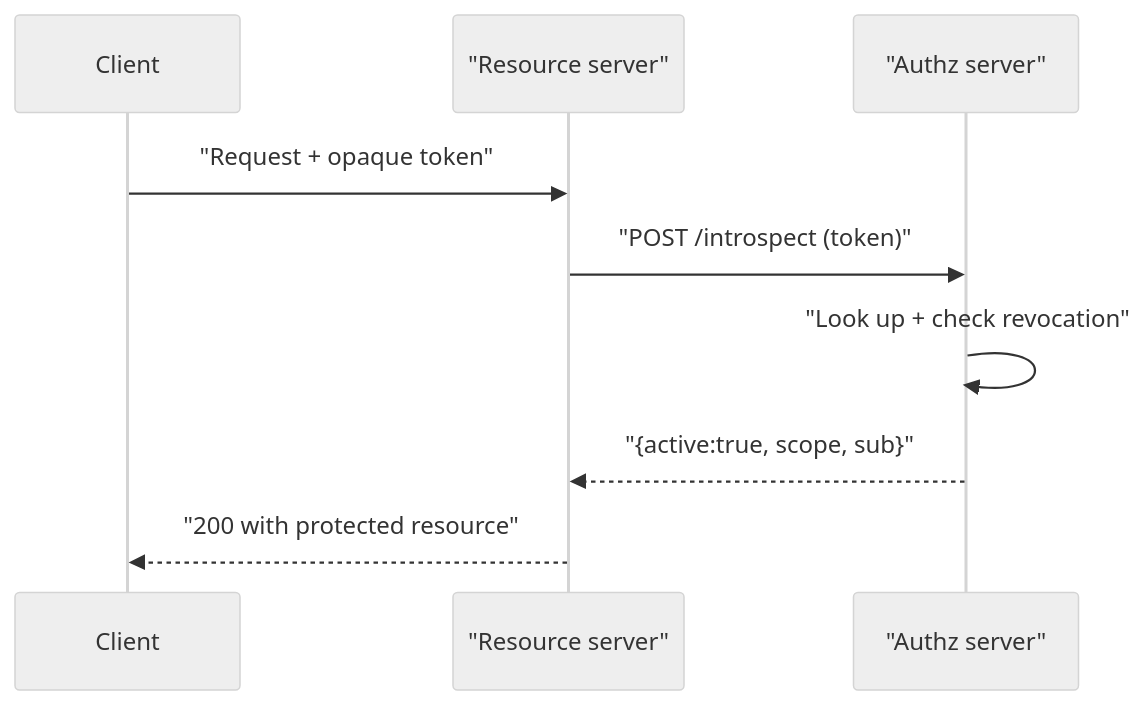
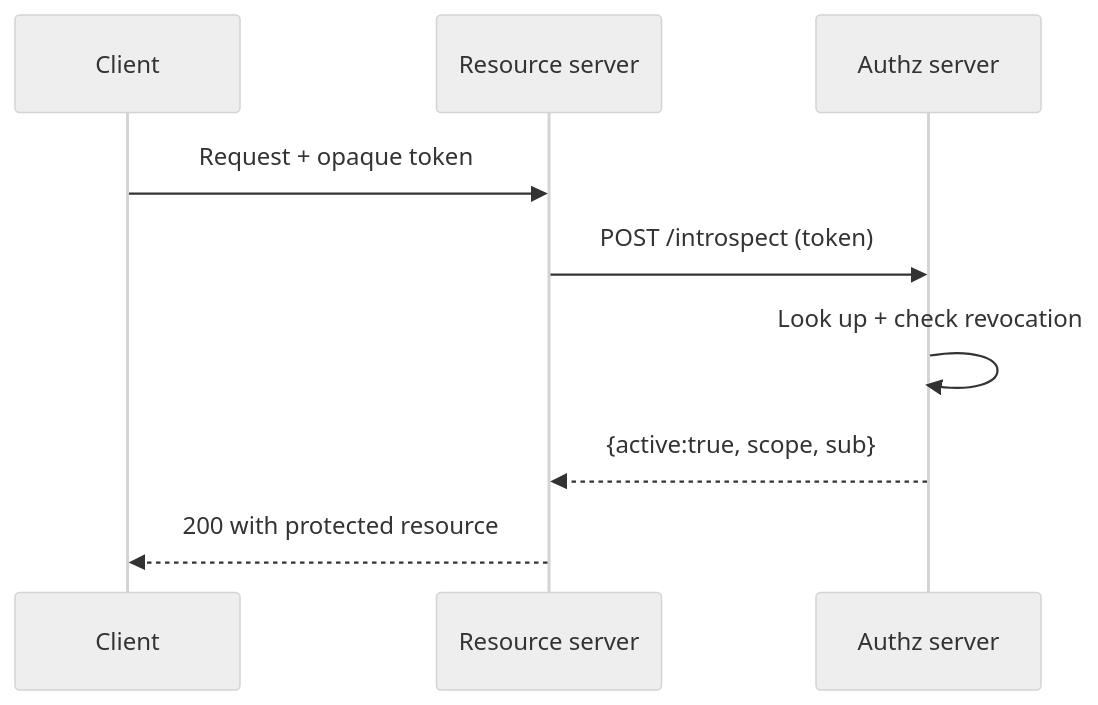
One commit to vabs/vabs.github.io changed the second of 2 diagrams in content/post/oauth2-token-introspection-vs-jwt-validation.md. Above: the diagram before and after it, drawn with Mermaid (neutral theme). The commit also changed other lines of this file and 87 other files, not shown here.

First line of the commit message:
Fix: Readable mermaid diagrams and fact-check blog posts

```diff
--- a/content/post/oauth2-token-introspection-vs-jwt-validation.md
+++ b/content/post/oauth2-token-introspection-vs-jwt-validation.md
@@ -97,11 +97,11 @@
 {{< mermaid >}}
 sequenceDiagram
     participant C as Client
-    participant RS as "Resource server"
-    participant AS as "Authz server"
-    C->>RS: "Request + opaque token"
-    RS->>AS: "POST /introspect (token)"
-    AS->>AS: "Look up + check revocation"
-    AS-->>RS: "{active:true, scope, sub}"
-    RS-->>C: "200 with protected resource"
+    participant RS as Resource server
+    participant AS as Authz server
+    C->>RS: Request + opaque token
+    RS->>AS: POST /introspect (token)
+    AS->>AS: Look up + check revocation
+    AS-->>RS: {active:true, scope, sub}
+    RS-->>C: 200 with protected resource
 {{< /mermaid >}}
```
